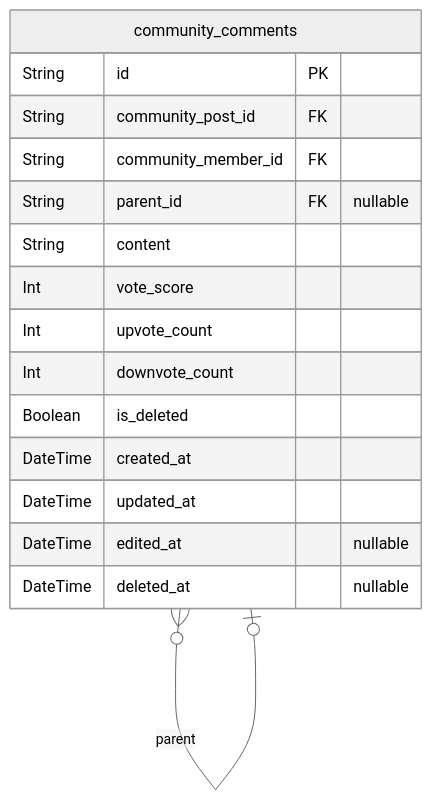
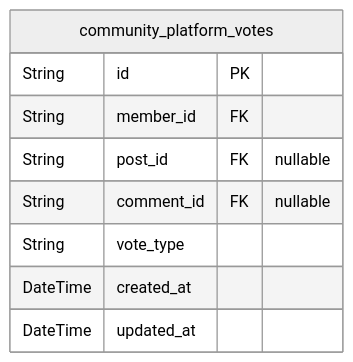
One commit to wrtnlabs/autobe-examples changed the sixth of 8 diagrams in z-ai/glm-5/reddit/docs/ERD.md. Above: the diagram before and after it, drawn with Mermaid (neutral theme). The commit also changed other lines of this file and 17098 other files, not shown here.

````diff
--- a/z-ai/glm-5/reddit/docs/ERD.md
+++ b/z-ai/glm-5/reddit/docs/ERD.md
@@ -1102,19 +884,12 @@
 ```mermaid
 erDiagram
-"community_comments" {
+"community_platform_votes" {
   String id PK
-  String community_post_id FK
-  String community_member_id FK
-  String parent_id FK "nullable"
-  String content
-  Int vote_score
-  Int upvote_count
-  Int downvote_count
-  Boolean is_deleted
+  String member_id FK
+  String post_id FK "nullable"
+  String comment_id FK "nullable"
+  String vote_type
   DateTime created_at
   DateTime updated_at
-  DateTime edited_at "nullable"
-  DateTime deleted_at "nullable"
 }
-"community_comments" }o--o| "community_comments" : parent
 ```
````
